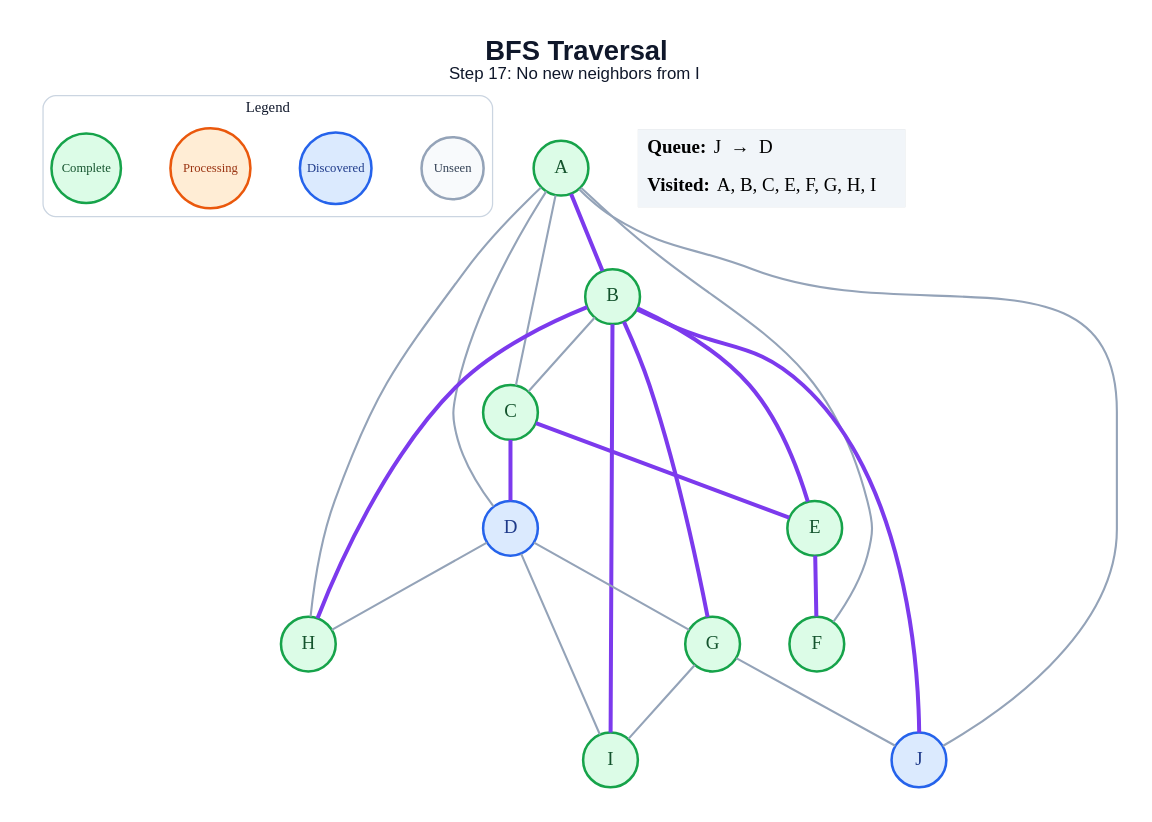
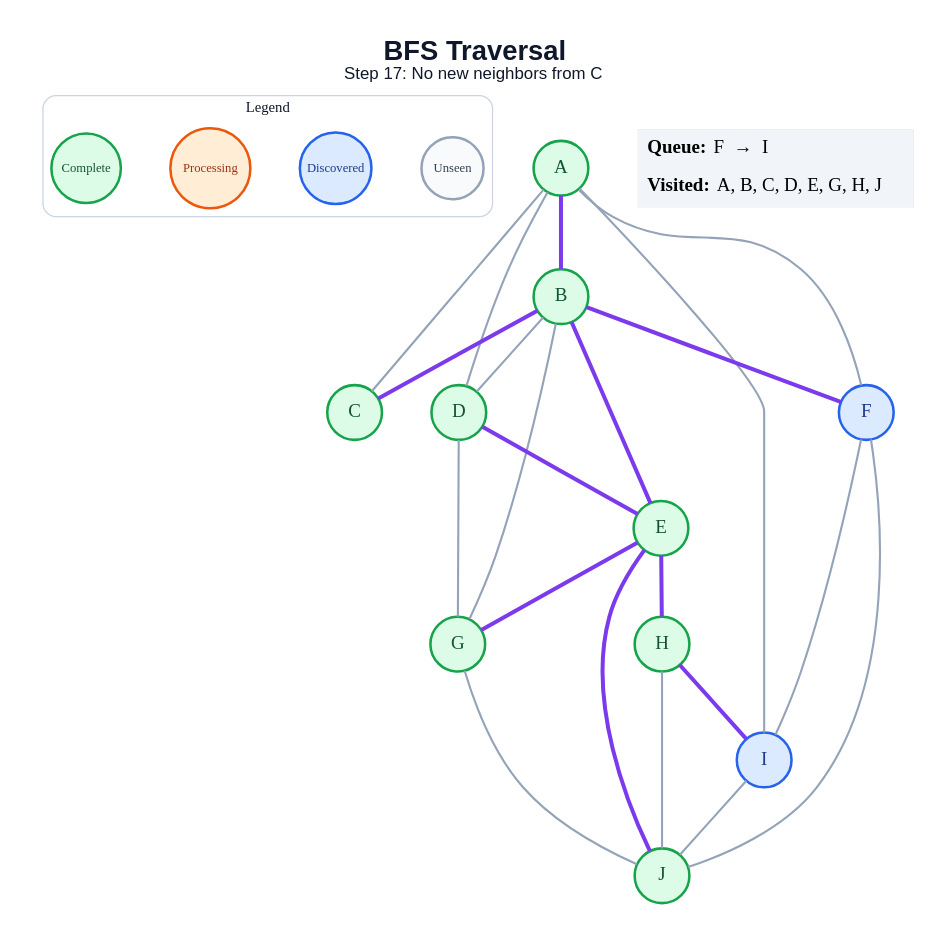
The diagram in generated/specific-node/bfs/step_17.dot (amanghodawala9/ai-slop), drawn with Graphviz before and after one commit. The commit also changed 178 other files, not shown here.

```diff
--- a/generated/specific-node/bfs/step_17.dot
+++ b/generated/specific-node/bfs/step_17.dot
@@ -1,49 +1,50 @@
 graph traversal {
   graph [layout=dot, rankdir=TB, bgcolor="#FFFFFF", pad="0.35", nodesep="0.65", ranksep="0.8", fontname="Arial"];
   node [shape=circle, style="filled", fontname="Arial Bold", fontsize=18, width=0.72, fixedsize=true, penwidth=2.4];
   edge [color="#94A3B8", penwidth=2.0];
-  label=<<B>BFS Traversal</B><BR/><FONT POINT-SIZE="16">Step 17: No new neighbors from I</FONT>>; labelloc="t"; fontsize=26; fontname="Arial"; fontcolor="#0F172A";
+  label=<<B>BFS Traversal</B><BR/><FONT POINT-SIZE="16">Step 17: No new neighbors from C</FONT>>; labelloc="t"; fontsize=26; fontname="Arial"; fontcolor="#0F172A";
   subgraph cluster_legend { label="Legend"; color="#CBD5E1"; penwidth=1.2; style="rounded"; fontsize=14; fontname="Arial Bold";
     key_unseen [label="Unseen", fillcolor="#F8FAFC", color="#94A3B8", fontcolor="#334155", fontsize=12, width=0.82];
     key_frontier [label="Discovered", fillcolor="#DBEAFE", color="#2563EB", fontcolor="#1E3A8A", fontsize=12, width=0.95];
     key_current [label="Processing", fillcolor="#FFEDD5", color="#EA580C", fontcolor="#9A3412", fontsize=12, width=1.05];
     key_done [label="Complete", fillcolor="#DCFCE7", color="#16A34A", fontcolor="#14532D", fontsize=12, width=0.92];
     { rank=same; key_unseen; key_frontier; key_current; key_done; }
   }
   A [fillcolor="#DCFCE7", color="#16A34A", fontcolor="#14532D"];
   B [fillcolor="#DCFCE7", color="#16A34A", fontcolor="#14532D"];
   C [fillcolor="#DCFCE7", color="#16A34A", fontcolor="#14532D"];
-  D [fillcolor="#DBEAFE", color="#2563EB", fontcolor="#1E3A8A"];
+  D [fillcolor="#DCFCE7", color="#16A34A", fontcolor="#14532D"];
   E [fillcolor="#DCFCE7", color="#16A34A", fontcolor="#14532D"];
-  F [fillcolor="#DCFCE7", color="#16A34A", fontcolor="#14532D"];
+  F [fillcolor="#DBEAFE", color="#2563EB", fontcolor="#1E3A8A"];
   G [fillcolor="#DCFCE7", color="#16A34A", fontcolor="#14532D"];
   H [fillcolor="#DCFCE7", color="#16A34A", fontcolor="#14532D"];
-  I [fillcolor="#DCFCE7", color="#16A34A", fontcolor="#14532D"];
-  J [fillcolor="#DBEAFE", color="#2563EB", fontcolor="#1E3A8A"];
+  I [fillcolor="#DBEAFE", color="#2563EB", fontcolor="#1E3A8A"];
+  J [fillcolor="#DCFCE7", color="#16A34A", fontcolor="#14532D"];
   A -- B [color="#7C3AED", penwidth=3.8];
   A -- C;
   A -- D;
   A -- F;
-  A -- H;
-  A -- J;
-  B -- C;
+  A -- I;
+  B -- C [color="#7C3AED", penwidth=3.8];
+  B -- D;
   B -- E [color="#7C3AED", penwidth=3.8];
-  B -- G [color="#7C3AED", penwidth=3.8];
-  B -- H [color="#7C3AED", penwidth=3.8];
-  B -- I [color="#7C3AED", penwidth=3.8];
-  B -- J [color="#7C3AED", penwidth=3.8];
-  C -- D [color="#7C3AED", penwidth=3.8];
-  C -- E [color="#7C3AED", penwidth=3.8];
+  B -- F [color="#7C3AED", penwidth=3.8];
+  B -- G;
+  D -- E [color="#7C3AED", penwidth=3.8];
   D -- G;
-  D -- H;
-  D -- I;
-  E -- F [color="#7C3AED", penwidth=3.8];
-  G -- I;
+  E -- G [color="#7C3AED", penwidth=3.8];
+  E -- H [color="#7C3AED", penwidth=3.8];
+  E -- J [color="#7C3AED", penwidth=3.8];
+  F -- I;
+  F -- J;
   G -- J;
+  H -- I [color="#7C3AED", penwidth=3.8];
+  H -- J;
+  I -- J;
   status [shape=plain, fixedsize=false, width=0, height=0, margin=0, label=<
     <TABLE BORDER="0" CELLBORDER="0" CELLPADDING="7" BGCOLOR="#F1F5F9">
-      <TR><TD ALIGN="LEFT"><B>Queue:</B> J  →  D</TD></TR>
-      <TR><TD ALIGN="LEFT"><B>Visited:</B> A, B, C, E, F, G, H, I</TD></TR>
+      <TR><TD ALIGN="LEFT"><B>Queue:</B> F  →  I</TD></TR>
+      <TR><TD ALIGN="LEFT"><B>Visited:</B> A, B, C, D, E, G, H, J</TD></TR>
     </TABLE>
   >];
 }
```
